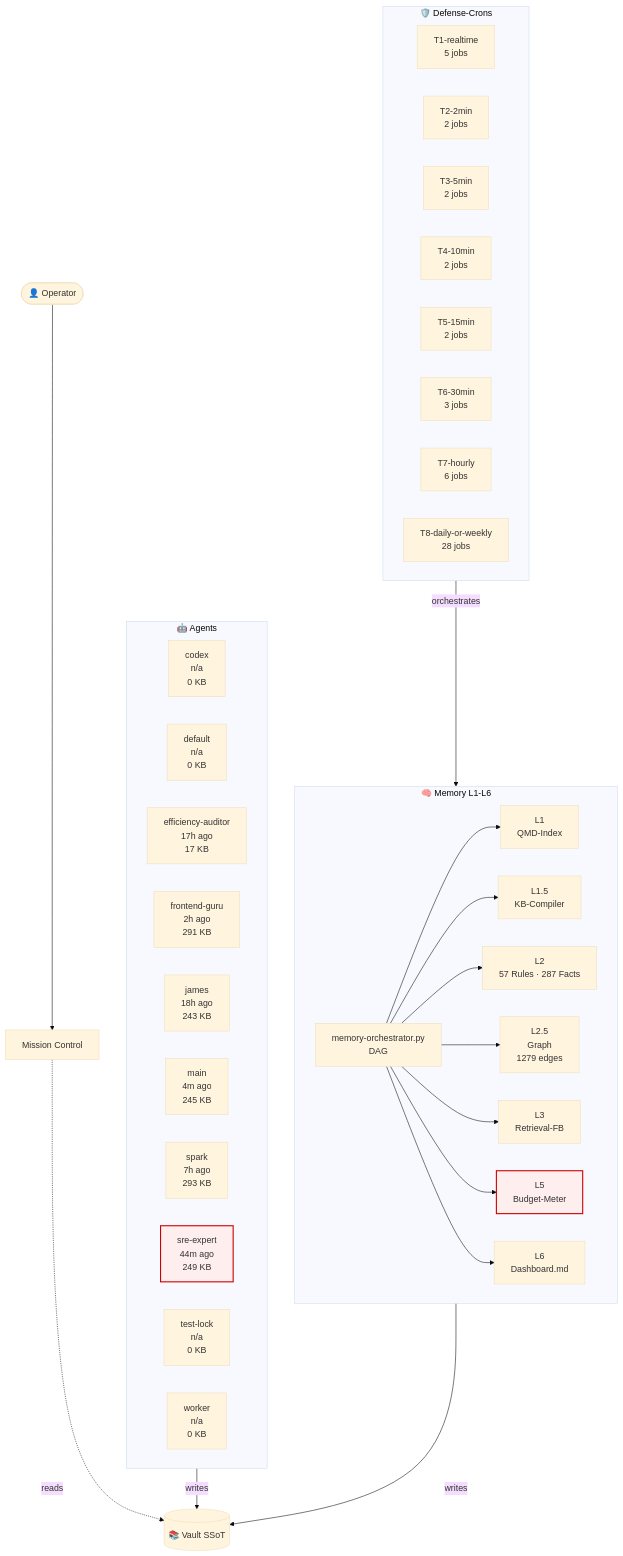
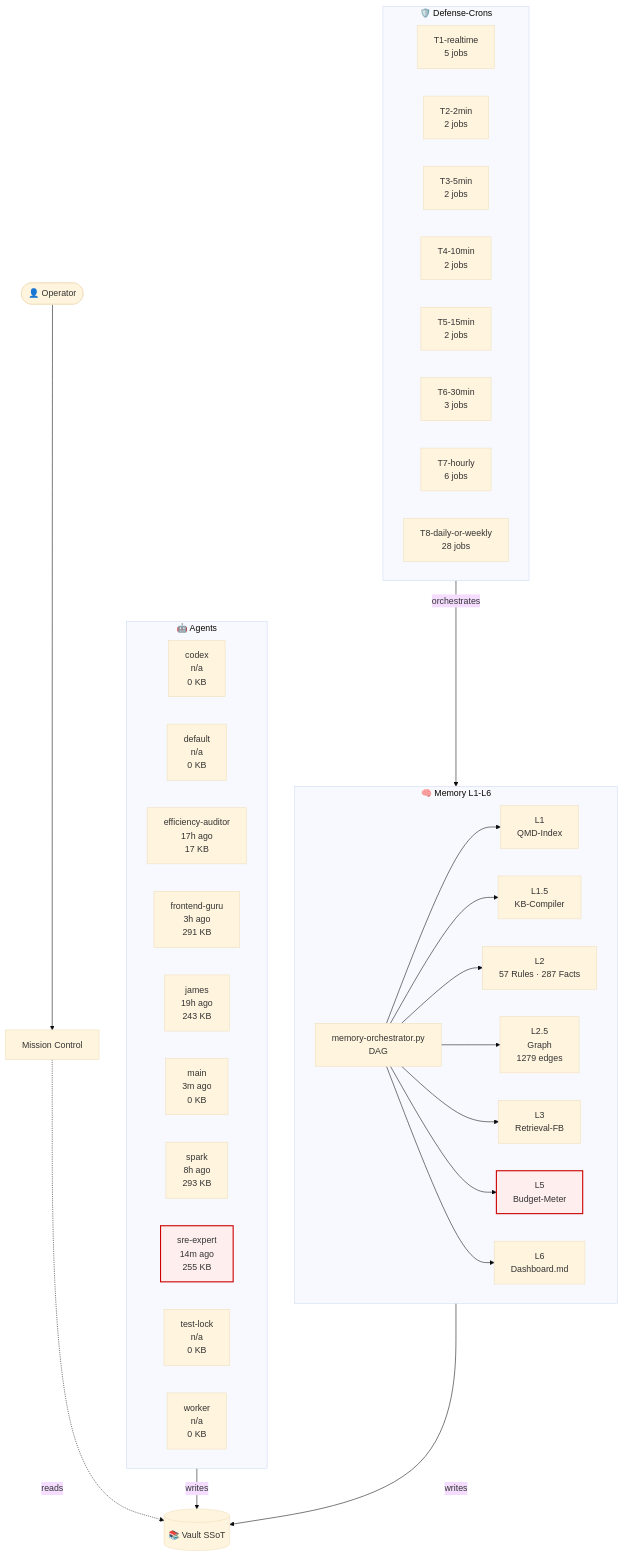
Before and after one commit to lenardhuebner88-rgb/openclaw-memory: the diagram in 03-Agents/architecture-live.md, drawn with Mermaid (base theme). The commit also changed other lines of this file and 2 other files, not shown here.

````diff
--- a/03-Agents/architecture-live.md
+++ b/03-Agents/architecture-live.md
@@ -18,53 +18,53 @@
 ```mermaid
 flowchart TB
     classDef critical fill:#fee,stroke:#c00,stroke-width:2px;
     subgraph AGT["🤖 Agents"]
         agent_codex["codex<br/>n/a<br/>0 KB"]
         agent_default["default<br/>n/a<br/>0 KB"]
         agent_efficiency_auditor["efficiency-auditor<br/>17h ago<br/>17 KB"]
-        agent_frontend_guru["frontend-guru<br/>2h ago<br/>291 KB"]
-        agent_james["james<br/>18h ago<br/>243 KB"]
-        agent_main["main<br/>4m ago<br/>245 KB"]
-        agent_spark["spark<br/>7h ago<br/>293 KB"]
-        agent_sre_expert["sre-expert<br/>44m ago<br/>249 KB"]
+        agent_frontend_guru["frontend-guru<br/>3h ago<br/>291 KB"]
+        agent_james["james<br/>19h ago<br/>243 KB"]
+        agent_main["main<br/>3m ago<br/>0 KB"]
+        agent_spark["spark<br/>8h ago<br/>293 KB"]
+        agent_sre_expert["sre-expert<br/>14m ago<br/>255 KB"]
         agent_test_lock["test-lock<br/>n/a<br/>0 KB"]
         agent_worker["worker<br/>n/a<br/>0 KB"]
     end
     subgraph MEM["🧠 Memory L1-L6"]
         L1["L1<br/>QMD-Index"]
         L15["L1.5<br/>KB-Compiler"]
         L2["L2<br/>57 Rules · 287 Facts"]
         L25["L2.5<br/>Graph<br/>1279 edges"]
         L3["L3<br/>Retrieval-FB"]
         L5["L5<br/>Budget-Meter"]
         L6["L6<br/>Dashboard.md"]
         ORCH["memory-orchestrator.py<br/>DAG"]
     end
     subgraph CRN["🛡️ Defense-Crons"]
         tier_T1_realtime["T1-realtime<br/>5 jobs"]
         tier_T2_2min["T2-2min<br/>2 jobs"]
         tier_T3_5min["T3-5min<br/>2 jobs"]
         tier_T4_10min["T4-10min<br/>2 jobs"]
         tier_T5_15min["T5-15min<br/>2 jobs"]
         tier_T6_30min["T6-30min<br/>3 jobs"]
         tier_T7_hourly["T7-hourly<br/>6 jobs"]
         tier_T8_daily_or_weekly["T8-daily-or-weekly<br/>28 jobs"]
     end
     VAULT[("📚 Vault SSoT")]
     OP([👤 Operator])
     MC["Mission Control"]
     OP --> MC
     MC -.reads.-> VAULT
     AGT -->|writes| VAULT
     MEM -->|writes| VAULT
     ORCH --> L1
     ORCH --> L15
     ORCH --> L2
     ORCH --> L25
     ORCH --> L3
     ORCH --> L5
     ORCH --> L6
     CRN -->|orchestrates| MEM
     class L5 critical
     class agent_sre_expert critical
 ```
````
